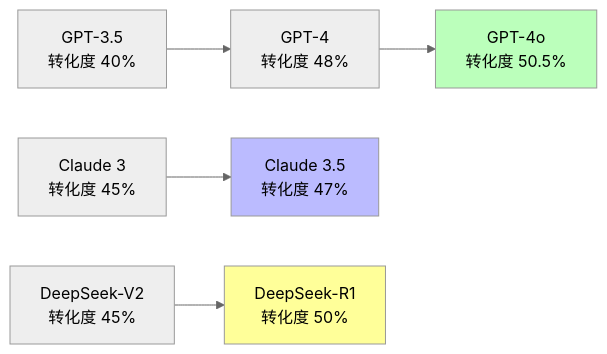
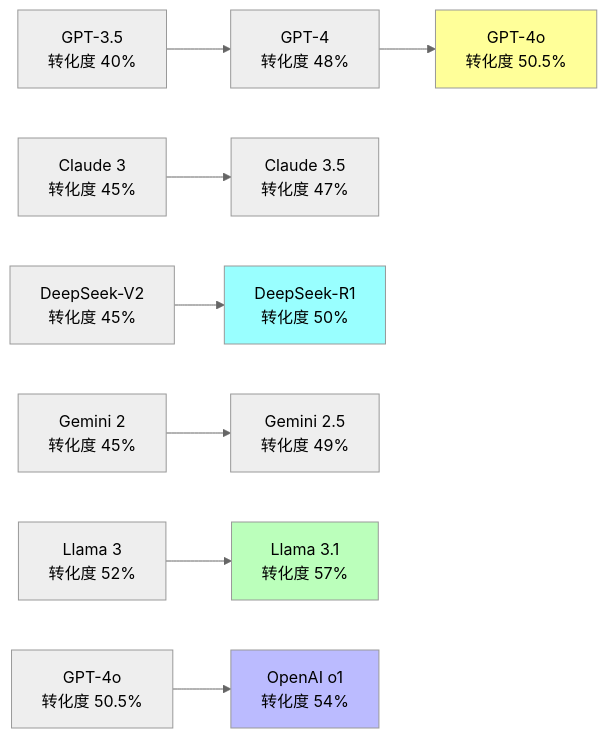
One commit to AdaMartin18010/FormalAI changed the tenth of 10 diagrams in concepts/02-AI炼金术转化度模型/02.1.3-典型产品转化度分析.md. Above: the diagram before and after it, drawn with Mermaid (neutral theme). The commit also changed other lines of this file and 50 other files, not shown here.

````diff
--- a/concepts/02-AI炼金术转化度模型/02.1.3-典型产品转化度分析.md
+++ b/concepts/02-AI炼金术转化度模型/02.1.3-典型产品转化度分析.md
@@ -336,11 +542,15 @@
 ```mermaid
 graph LR
     A[GPT-3.5<br>转化度 40%] --> B[GPT-4<br>转化度 48%]
     B --> C[GPT-4o<br>转化度 50.5%]
     D[Claude 3<br>转化度 45%] --> E[Claude 3.5<br>转化度 47%]
     F[DeepSeek-V2<br>转化度 45%] --> G[DeepSeek-R1<br>转化度 50%]
+    H[Gemini 2<br>转化度 45%] --> I[Gemini 2.5<br>转化度 49%]
+    J[Llama 3<br>转化度 52%] --> K[Llama 3.1<br>转化度 57%]
+    L[GPT-4o<br>转化度 50.5%] --> M[OpenAI o1<br>转化度 54%]
 
-    style C fill:#bfb
-    style E fill:#bbf
-    style G fill:#ff9
+    style K fill:#bfb
+    style M fill:#bbf
+    style C fill:#ff9
+    style G fill:#9ff
 ```
````
